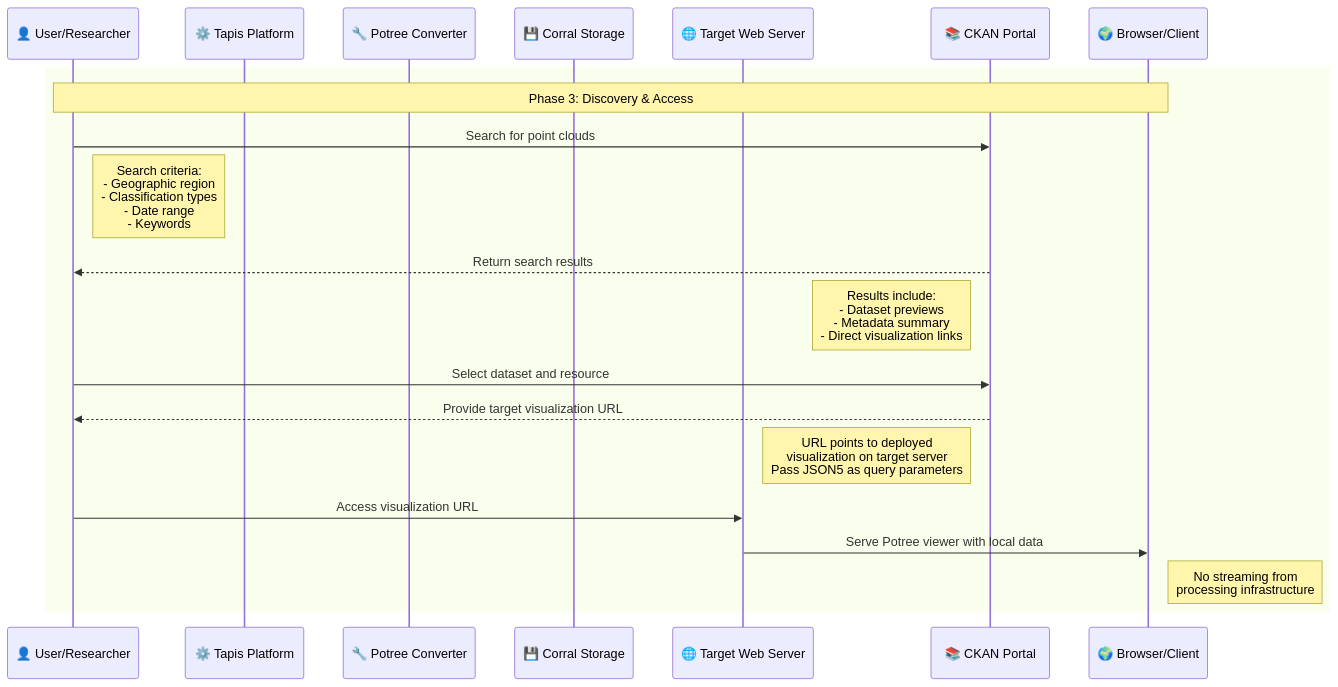
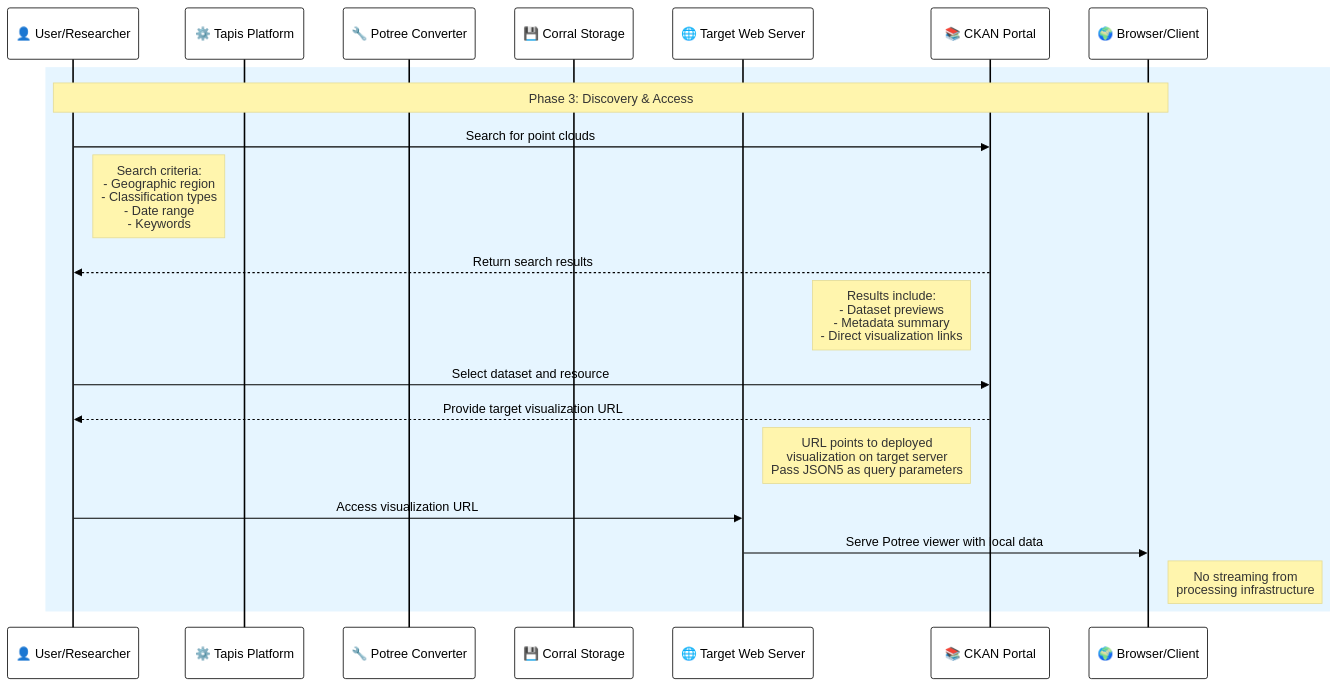
Before and after one commit to In-For-Disaster-Analytics/potree: the third of 5 diagrams in README-pipeline.md, drawn with Mermaid. The commit also changed other lines of this file, not shown here.

````diff
--- a/README-pipeline.md
+++ b/README-pipeline.md
@@ -186,28 +188,29 @@
 ```mermaid
+%%{ init : { "theme" : "base", "themeVariables" : { "primaryColor" : "#fff", "primaryTextColor" : "#000", "primaryBorderColor" : "#000", "lineColor" : "#000", "secondaryColor" : "#f8f8f8", "tertiaryColor" : "#f0f0f0" }}}%%
 sequenceDiagram
     participant User as 👤 User/Researcher
     participant Tapis as ⚙️ Tapis Platform
     participant Potree as 🔧 Potree Converter
     participant Corral as 💾 Corral Storage
     participant Target as 🌐 Target Web Server
     participant CKAN as 📚 CKAN Portal
     participant Browser as 🌍 Browser/Client
 
     %% Discovery & Access Phase
-    rect
+    rect rgb(230, 245, 255)
         Note over User,Browser: Phase 3: Discovery & Access
         User->>CKAN: Search for point clouds
         Note right of User: Search criteria:<br/>- Geographic region<br/>- Classification types<br/>- Date range<br/>- Keywords
 
         CKAN-->>User: Return search results
         Note left of CKAN: Results include:<br/>- Dataset previews<br/>- Metadata summary<br/>- Direct visualization links
 
         User->>CKAN: Select dataset and resource
         CKAN-->>User: Provide target visualization URL
         Note left of CKAN: URL points to deployed<br/>visualization on target server<br> Pass JSON5 as query parameters
 
         User->>Target: Access visualization URL
         Target->>Browser: Serve Potree viewer with local data
         Note right of Browser: No streaming from<br/>processing infrastructure
     end
 ```
````
